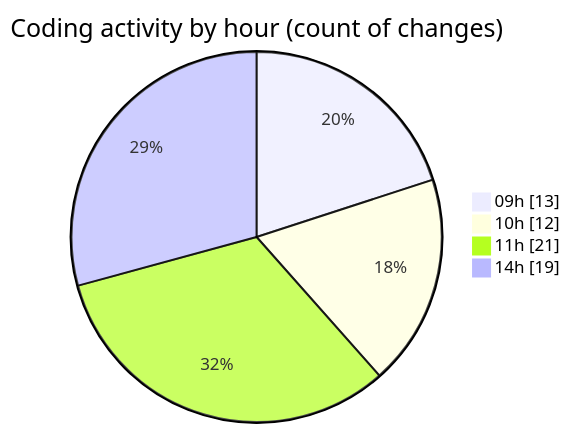
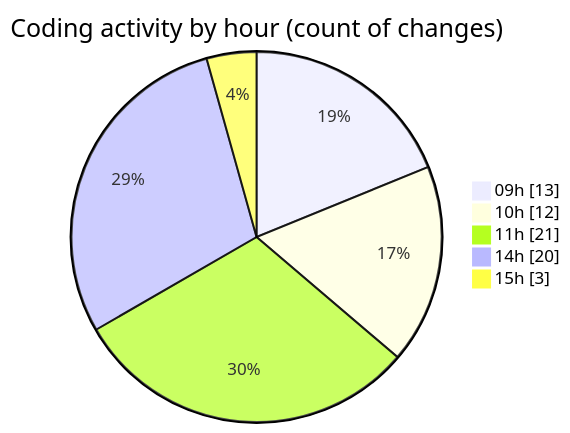
Before and after one commit to momahboobian/code-tracking: the second of 2 diagrams in 2025-09-22/cda/README.md, drawn with Mermaid. The commit also changed other lines of this file and 1 other file, not shown here.

````diff
--- a/2025-09-22/cda/README.md
+++ b/2025-09-22/cda/README.md
@@ -39,8 +40,9 @@
 ```mermaid
 pie showData
 title Coding activity by hour (count of changes)
 "09h" : 13
 "10h" : 12
 "11h" : 21
-"14h" : 19
+"14h" : 20
+"15h" : 3
 ```
````
